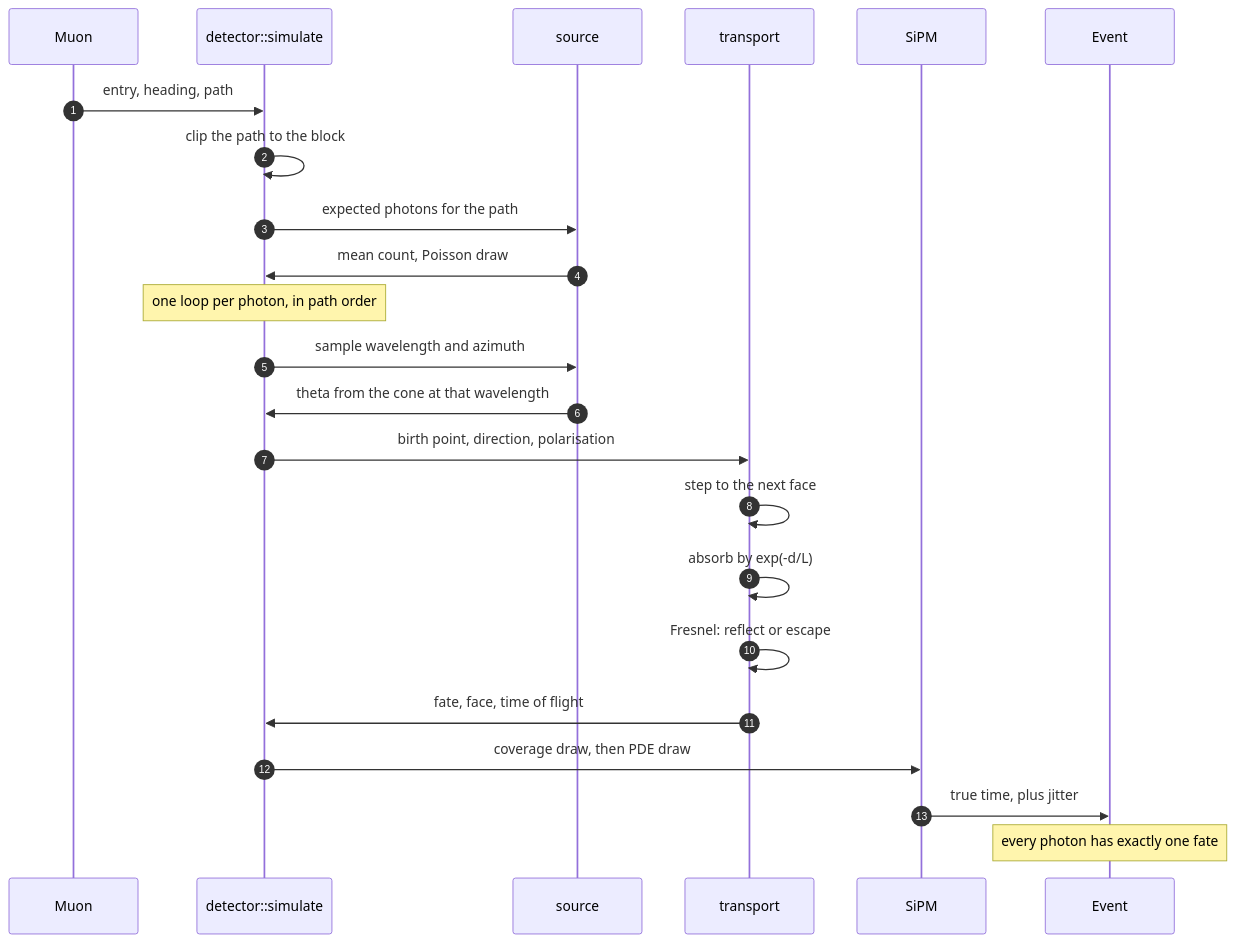
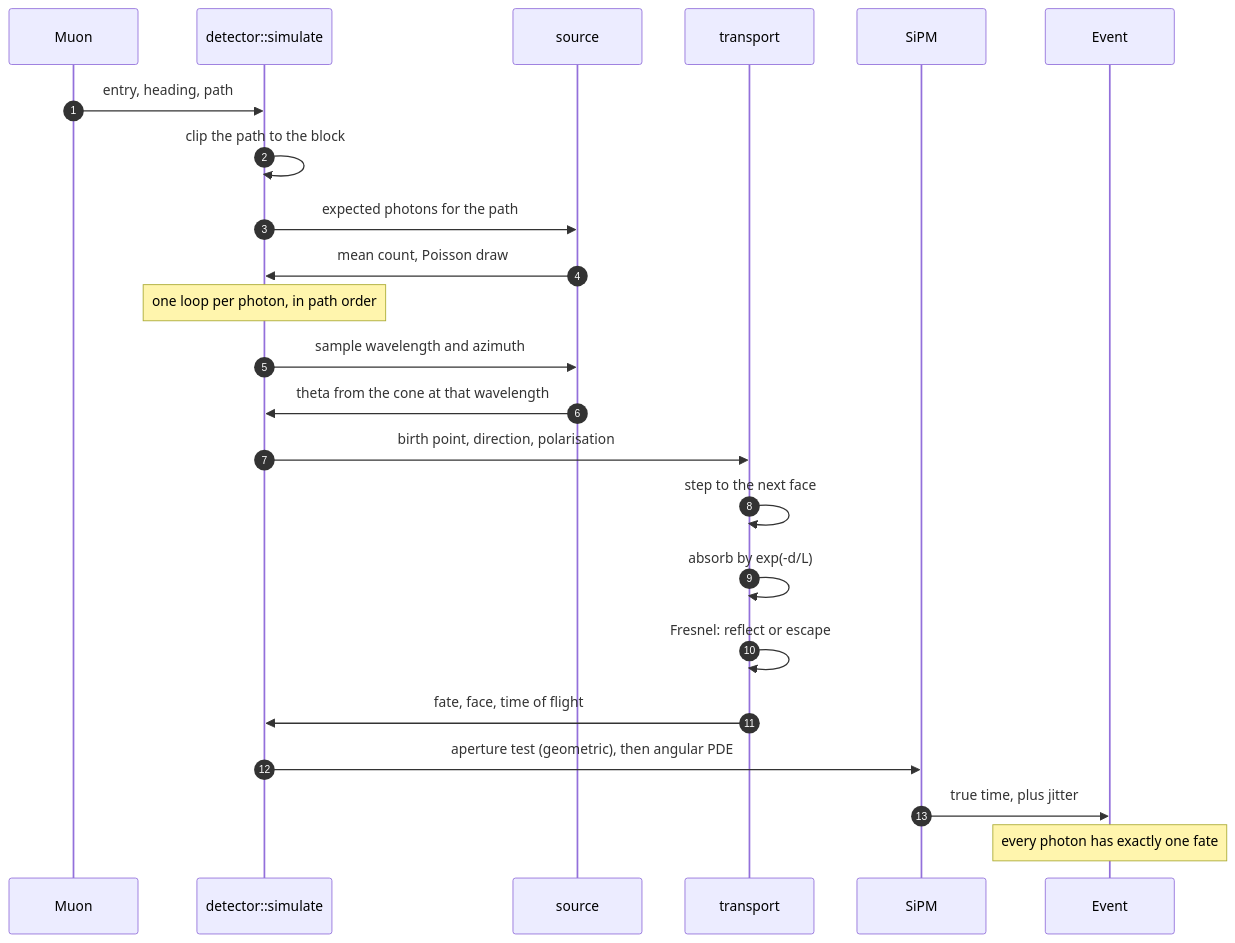
Before and after one commit to oskuhansson/CanLab: the second of 2 diagrams in docs/muon/simulation.md, drawn with Mermaid. The commit also changed other lines of this file and 11 other files, not shown here.

````diff
--- a/docs/muon/simulation.md
+++ b/docs/muon/simulation.md
@@ -83,25 +83,25 @@
 ```mermaid
 sequenceDiagram
     autonumber
     participant MUON as Muon
     participant SIM as detector::simulate
     participant SRC as source
     participant TR as transport
     participant SIPM as SiPM
     participant EV as Event
     MUON->>SIM: entry, heading, path
     SIM->>SIM: clip the path to the block
     SIM->>SRC: expected photons for the path
     SRC->>SIM: mean count, Poisson draw
     Note over SIM: one loop per photon, in path order
     SIM->>SRC: sample wavelength and azimuth
     SRC->>SIM: theta from the cone at that wavelength
     SIM->>TR: birth point, direction, polarisation
     TR->>TR: step to the next face
     TR->>TR: absorb by exp(-d/L)
     TR->>TR: Fresnel: reflect or escape
     TR->>SIM: fate, face, time of flight
-    SIM->>SIPM: coverage draw, then PDE draw
+    SIM->>SIPM: aperture test (geometric), then angular PDE
     SIPM->>EV: true time, plus jitter
     Note over EV: every photon has exactly one fate
 ```
````
